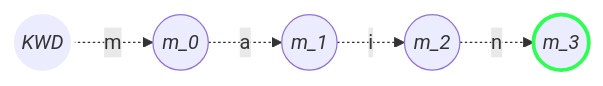
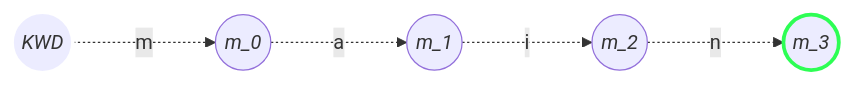
The second of 5 diagrams in README.md (felix-rojas/dfa_java), drawn with Mermaid before and after one commit. The commit also changed other lines of this file, not shown here.

Commit message:
mermaid js fix text

````diff
--- a/README.md
+++ b/README.md
@@ -123,18 +123,18 @@
 ```mermaid
 %%{init: {"flowchart": {"curve": "cardinal"}, {"htmlLabels": false}}}%%
 
 graph LR
     K(("`*KWD*`"))
     M0(("`*m_0*`"))
     M1(("`*m_1*`"))
     M2(("`*m_2*`"))
     M3(("`*m_3*`"))
     
-    K  -.m.-> M0
-    M0 -.a.-> M1
-    M1 -.i.-> M2
-    M2 -.n.-> M3
+    K  -..->|m| M0
+    M0 -..->|a| M1
+    M1 -..->|i| M2
+    M2 -..->|n| M3
     
     style K fill:#f9fff,stroke:#ffff,stroke-width:3px
     style M3 fill:#f9fff,stroke:#2DFE54,stroke-width:3px
 ```
````
